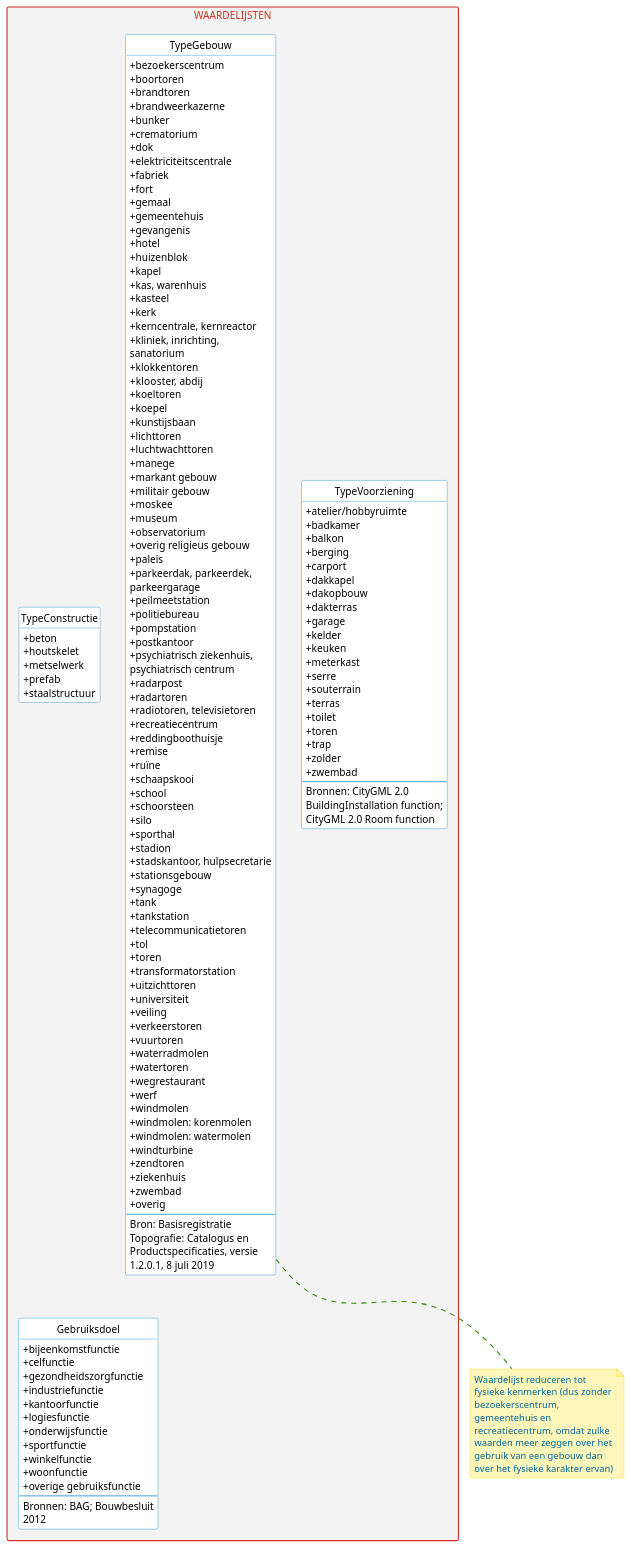
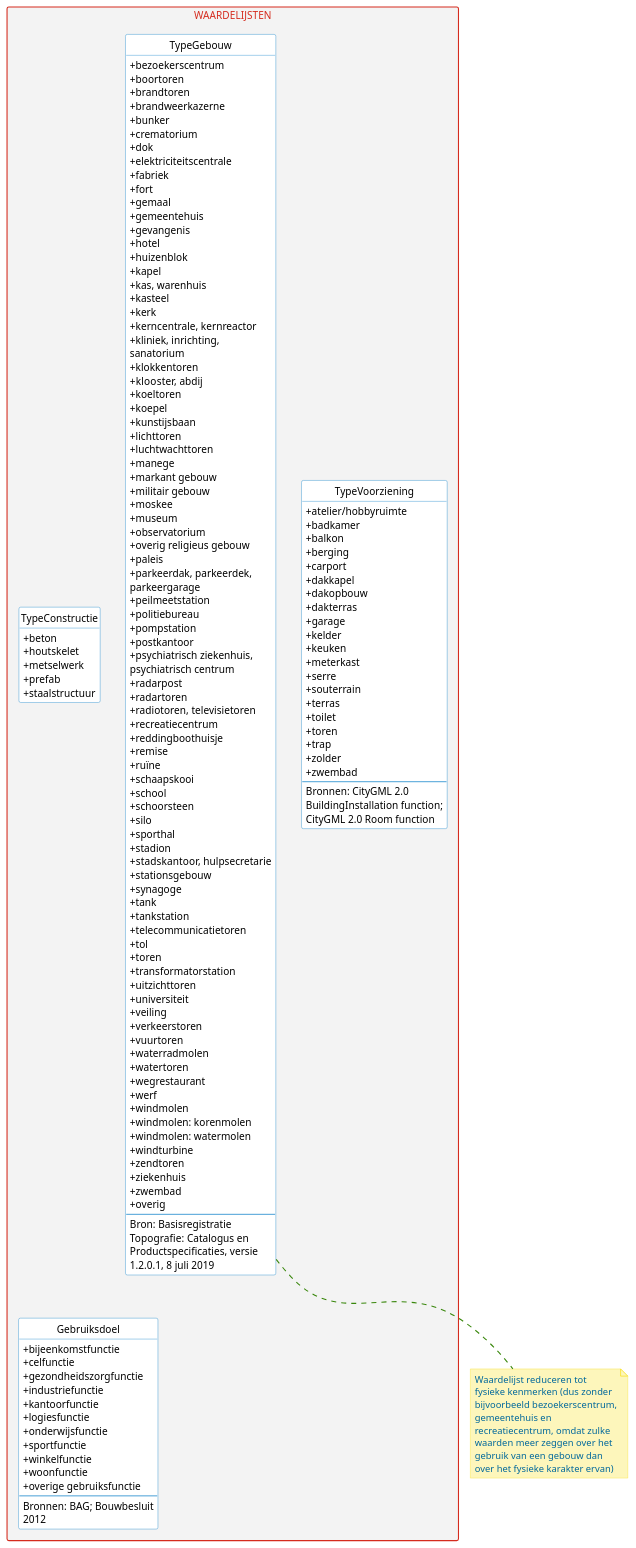
The diagram in model/waardelijsten.puml (geobasisregistraties/werkgroep-bouwwerken), drawn with PlantUML before and after one commit.

```diff
--- a/model/waardelijsten.puml
+++ b/model/waardelijsten.puml
@@ -248,6 +248,6 @@
 
 }
 
-note bottom of TypeGebouw : Waardelijst reduceren tot fysieke kenmerken (dus zonder bezoekerscentrum, gemeentehuis en recreatiecentrum, omdat zulke waarden meer zeggen over het gebruik van een gebouw dan over het fysieke karakter ervan)
+note bottom of TypeGebouw : Waardelijst reduceren tot fysieke kenmerken (dus zonder bijvoorbeeld bezoekerscentrum, gemeentehuis en recreatiecentrum, omdat zulke waarden meer zeggen over het gebruik van een gebouw dan over het fysieke karakter ervan)
 
 @enduml
```
